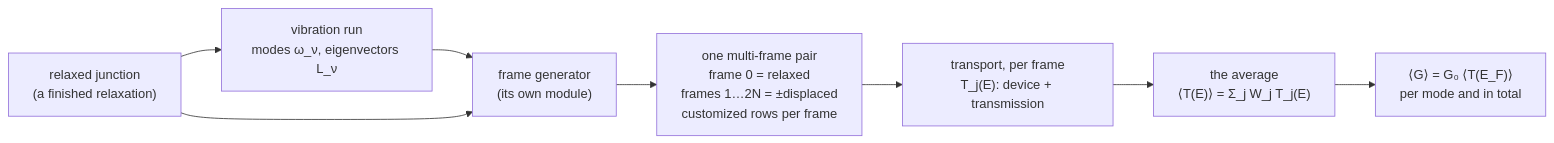
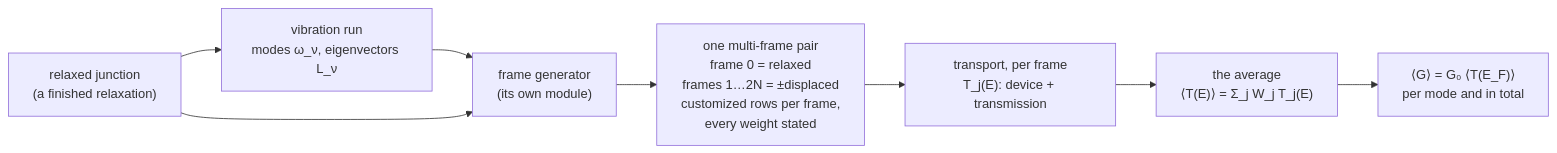
One commit to Qing-LAB/molbuilder changed the first of 6 diagrams in docs/science/vibrational-averaging.md. Above: the diagram before and after it, drawn with Mermaid. The commit also changed other lines of this file and 43 other files, not shown here.

````diff
--- a/docs/science/vibrational-averaging.md
+++ b/docs/science/vibrational-averaging.md
@@ -30,10 +30,10 @@
 ```mermaid
 flowchart LR
     R["relaxed junction<br/>(a finished relaxation)"] --> V["vibration run<br/>modes ω_ν, eigenvectors L_ν"]
     V --> G["frame generator<br/>(its own module)"]
     R --> G
-    G --> F["one multi-frame pair<br/>frame 0 = relaxed<br/>frames 1…2N = ±displaced<br/>customized rows per frame"]
+    G --> F["one multi-frame pair<br/>frame 0 = relaxed<br/>frames 1…2N = ±displaced<br/>customized rows per frame,<br/>every weight stated"]
     F --> T["transport, per frame<br/>T_j(E): device + transmission"]
     T --> A["the average<br/>⟨T(E)⟩ = Σ_j W_j T_j(E)"]
     A --> C["⟨G⟩ = G₀ ⟨T(E_F)⟩<br/>per mode and in total"]
 ```
````
